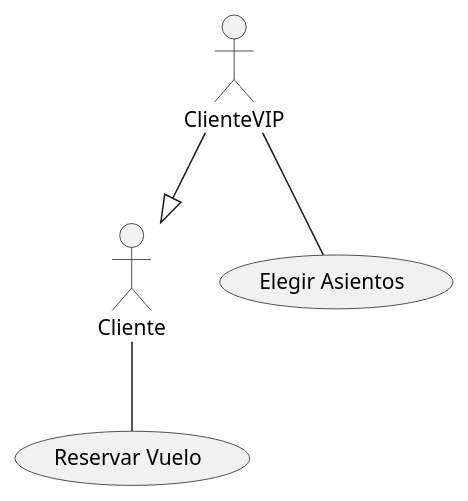
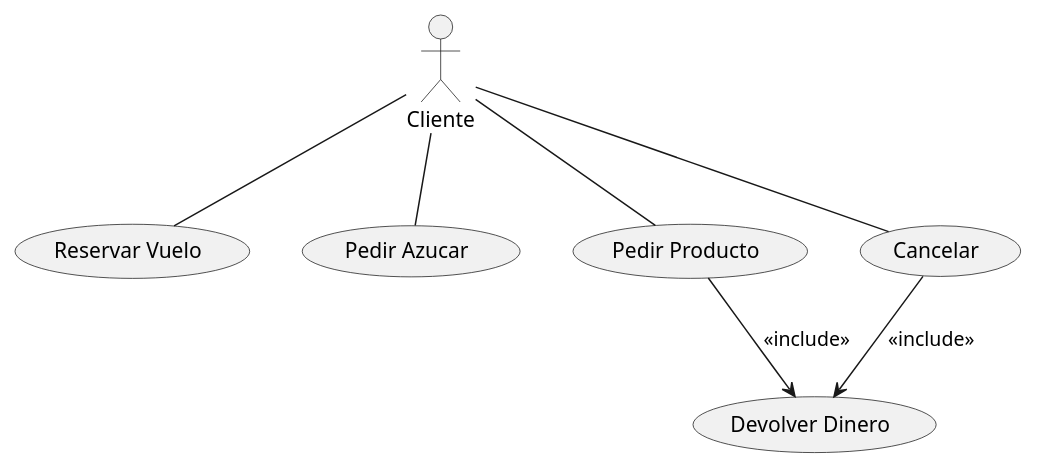
Before and after one commit to erentitan4512/Carlos-Arroyo-Galan-Casos-de-Uso-UML: the diagram in src/test.puml, drawn with PlantUML.

Commit message:
Seven Commit

```diff
--- a/src/test.puml
+++ b/src/test.puml
@@ -1,5 +1,9 @@
 @startuml
 :Cliente: -- (Reservar Vuelo)
-:ClienteVIP: --|> :Cliente:
-:ClienteVIP: -- (Elegir Asientos)
+:Cliente: -- (Pedir Azucar)
+:Cliente: -- (Pedir Producto)
+:Cliente: -- (Cancelar)
+(Cancelar) --> (Devolver Dinero) : <<include>>
+(Pedir Producto) --> (Devolver Dinero) : <<include>>
+
 @enduml
```
